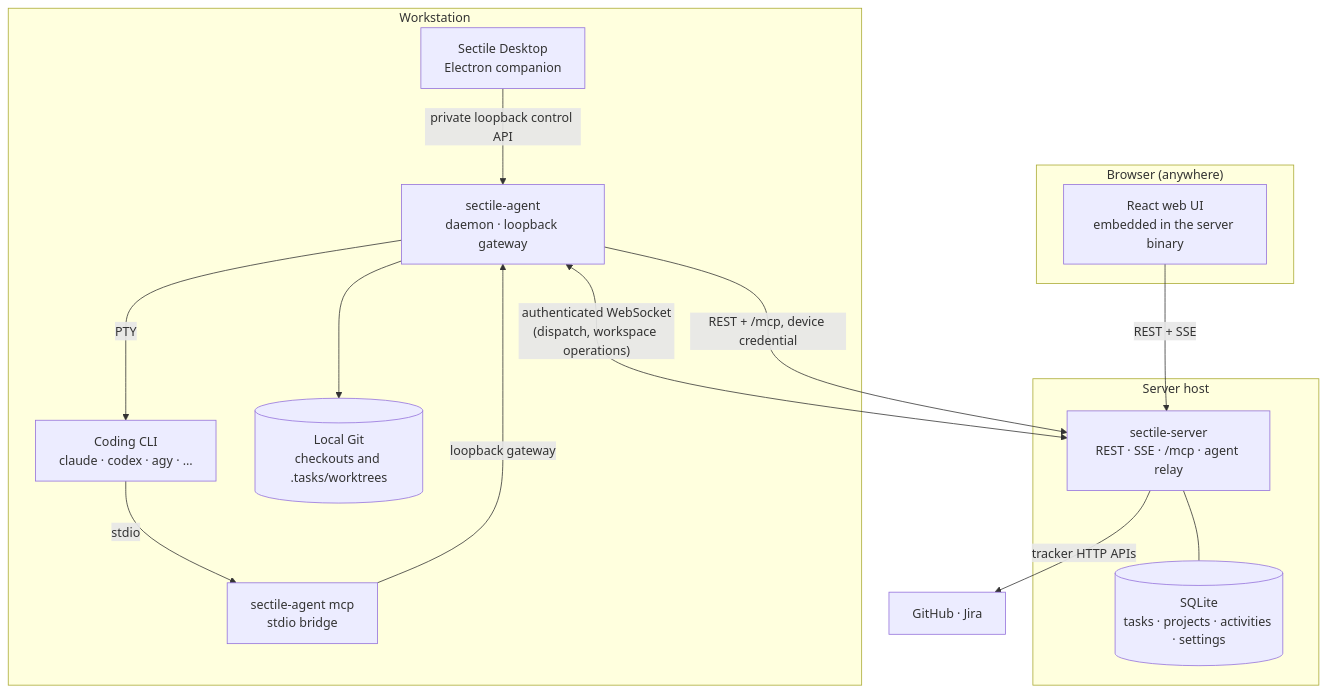
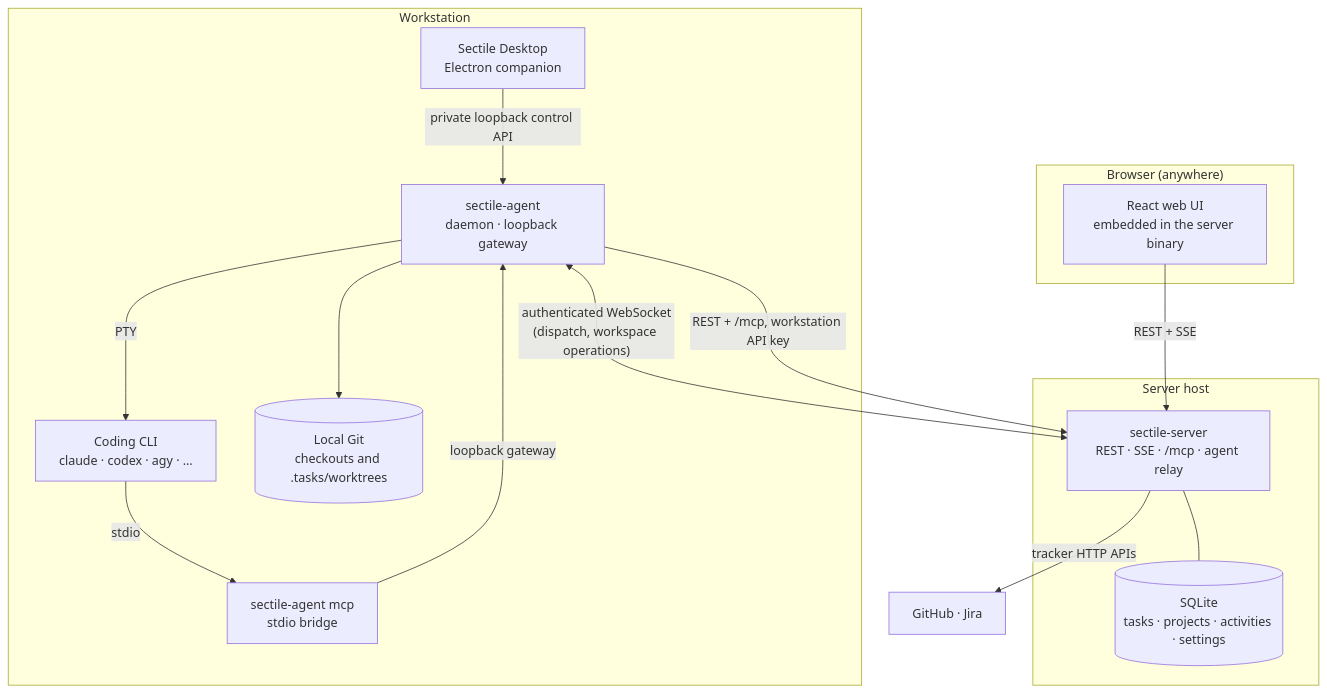
Before and after one commit to sebastienferry/sectile: the first of 3 diagrams in docs/ARCHITECTURE.md, drawn with Mermaid. The commit also changed other lines of this file and 41 other files, not shown here.

````diff
--- a/docs/ARCHITECTURE.md
+++ b/docs/ARCHITECTURE.md
@@ -12,32 +12,32 @@
 ```mermaid
 flowchart TB
     subgraph browser["Browser (anywhere)"]
         UI["React web UI<br/>embedded in the server binary"]
     end
 
     subgraph host["Server host"]
         Server["sectile-server<br/>REST · SSE · /mcp · agent relay"]
         Store[("SQLite<br/>tasks · projects · activities · settings")]
         Server --- Store
     end
 
     subgraph workstation["Workstation"]
         Desktop["Sectile Desktop<br/>Electron companion"]
         Agent["sectile-agent<br/>daemon · loopback gateway"]
         CLI["Coding CLI<br/>claude · codex · agy · …"]
         Bridge["sectile-agent mcp<br/>stdio bridge"]
         Repos[("Local Git<br/>checkouts and .tasks/worktrees")]
         Desktop -->|"private loopback control API"| Agent
         Agent -->|"PTY"| CLI
         CLI -->|"stdio"| Bridge
         Bridge -->|"loopback gateway"| Agent
         Agent --> Repos
     end
 
     Forges["GitHub · Jira"]
 
     UI -->|"REST + SSE"| Server
     Agent <-->|"authenticated WebSocket<br/>(dispatch, workspace operations)"| Server
-    Agent -->|"REST + /mcp, device credential"| Server
+    Agent -->|"REST + /mcp, workstation API key"| Server
     Server -->|"tracker HTTP APIs"| Forges
 ```
````
